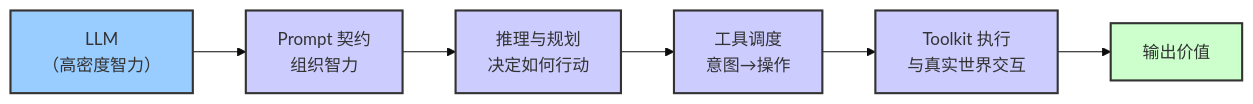
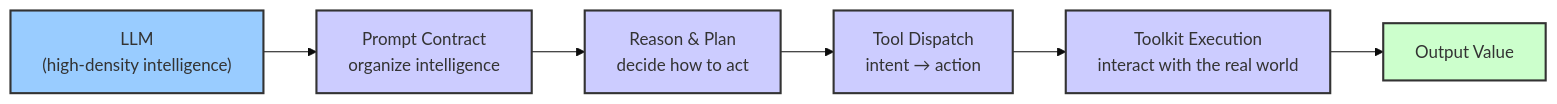
One commit to pinpawo/pinpawo-agent changed the second of 2 diagrams in README.md. Above: the diagram before and after it, drawn with Mermaid (base theme). The commit also changed other lines of this file, not shown here.

````diff
--- a/README.md
+++ b/README.md
@@ -38,14 +38,14 @@
 ```mermaid
 flowchart LR
-    L["LLM<br/>（高密度智力）"] --> P["Prompt 契约<br/>组织智力"]
-    P --> R["推理与规划<br/>决定如何行动"]
-    R --> T["工具调度<br/>意图→操作"]
-    T --> K["Toolkit 执行<br/>与真实世界交互"]
-    K --> V["输出价值"]
+    L["LLM<br/>(high-density intelligence)"] --> P["Prompt Contract<br/>organize intelligence"]
+    P --> R["Reason & Plan<br/>decide how to act"]
+    R --> T["Tool Dispatch<br/>intent → action"]
+    T --> K["Toolkit Execution<br/>interact with the real world"]
+    K --> V["Output Value"]
     style L fill:#9cf,stroke:#333,stroke-width:2px
     style P fill:#ccf,stroke:#333,stroke-width:2px
     style R fill:#ccf,stroke:#333,stroke-width:2px
     style T fill:#ccf,stroke:#333,stroke-width:2px
     style K fill:#ccf,stroke:#333,stroke-width:2px
     style V fill:#cfc,stroke:#333,stroke-width:2px
 ```
````
